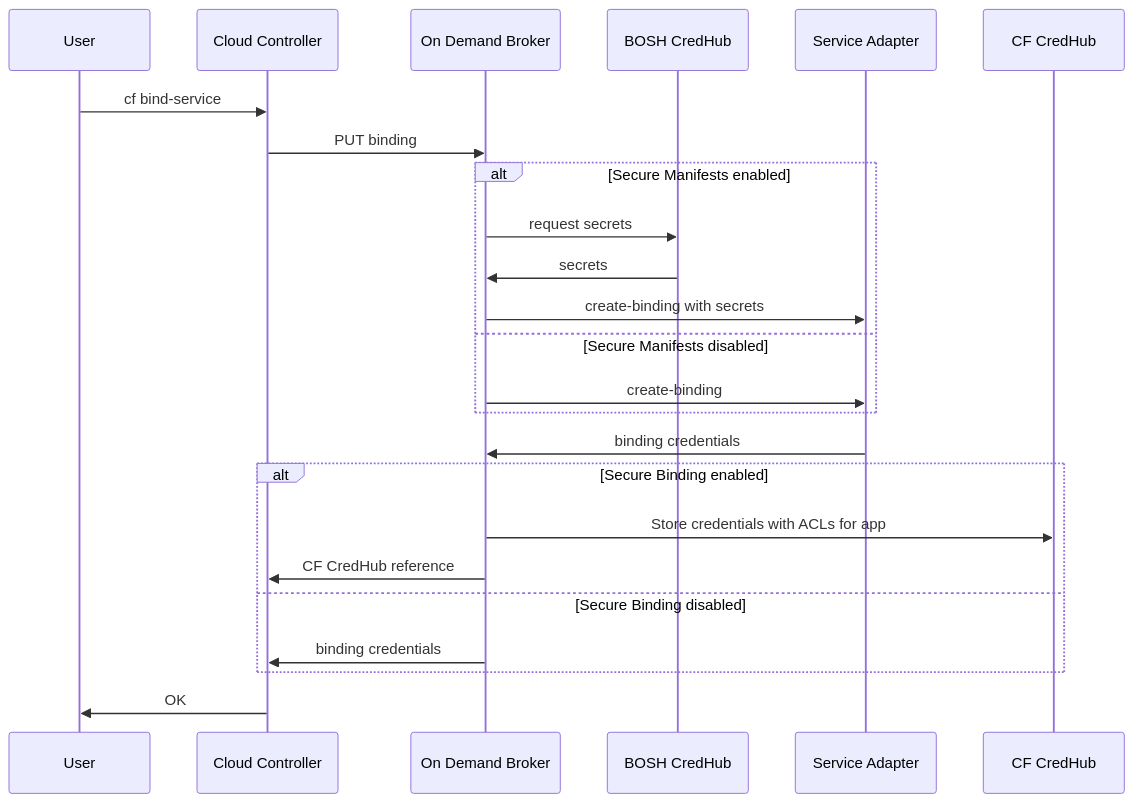
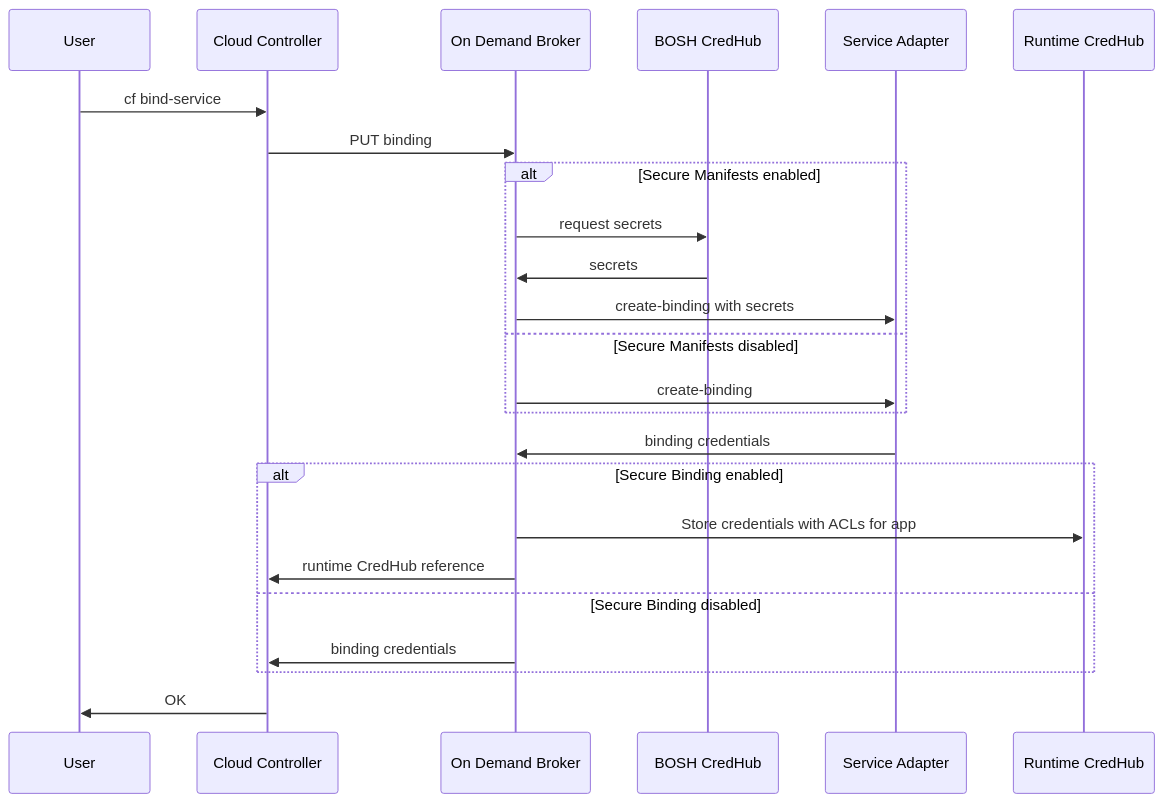
The diagram in mmd/bind_service_workflow.mmd (pivotal-cf/docs-on-demand-service-broker), drawn with Mermaid before and after one commit. The commit also changed 6 other files, not shown here.

Commit message:
Standardise terms in mermaid diagrams [#162307186]

```diff
--- a/mmd/bind_service_workflow.mmd
+++ b/mmd/bind_service_workflow.mmd
@@ -1,20 +1,20 @@
 <div class="mermaid">
 sequenceDiagram
   User->>Cloud Controller:cf bind-service
   Cloud Controller->>On Demand Broker:PUT binding
   alt Secure Manifests enabled
     On Demand Broker->>BOSH CredHub:request secrets
     BOSH CredHub->>On Demand Broker:secrets
     On Demand Broker->>Service Adapter:create-binding with secrets
   else Secure Manifests disabled
     On Demand Broker->>Service Adapter:create-binding
   end
   Service Adapter->>On Demand Broker:binding credentials
   alt Secure Binding enabled
-    On Demand Broker->>CF CredHub:Store credentials with ACLs for app
-    On Demand Broker->>Cloud Controller:CF CredHub reference
+    On Demand Broker->>Runtime CredHub:Store credentials with ACLs for app
+    On Demand Broker->>Cloud Controller:runtime CredHub reference
   else Secure Binding disabled
     On Demand Broker->>Cloud Controller:binding credentials
   end
   Cloud Controller->>User:OK
 </div>
```
